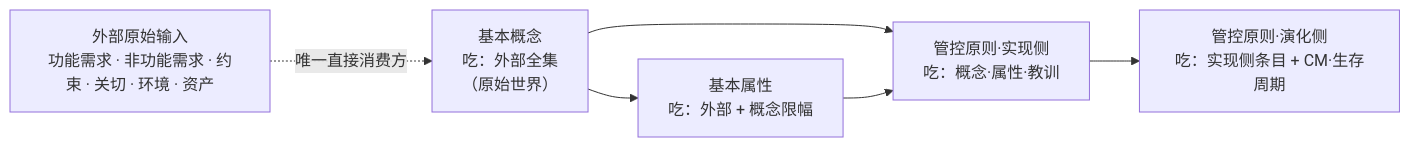
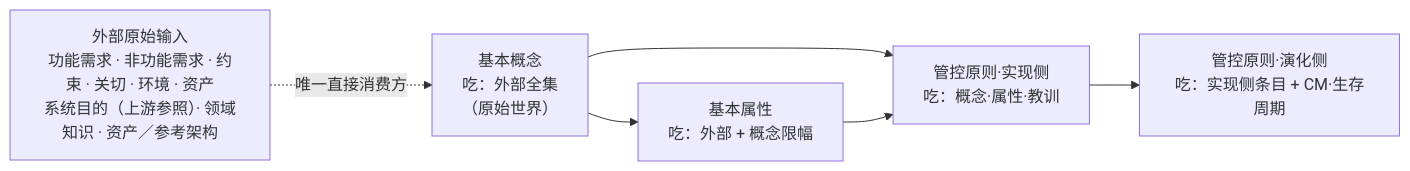
Before and after one commit to Yongjunzhou/business-Engineering: diagram 12 of 12 in 10-系统工程研究/00-系统工程相关研究报告/10-架构设计方法论全景研究报告.md, drawn with Mermaid. The commit also changed other lines of this file and 5 other files, not shown here.

Commit message:
[AI] 10 号架构设计方法论全景对齐 46 号 v2.6（v2.8→v2.9→v3.0）：对齐落笔 182 处（首轮 134＋改后复读回修 48）、判留 61，五处硬伤（AD＝一组视图撞 §5.4／§4.1 图粒度梯子撞 §4.3／b) 2) 误指实为 b) 1)／2011 句尾非两条／三把尺一族 12 处轮内收口）；轻量重构＝摘要九条＋§0 走法＋台账「归主线」列（8/6/4/1/6/3/6/5/10＝49）＋§11.9 章↔清单对照，章题章序节号一处未动、库外换算 0；19 号台账与批五 4/4、三把尺批六 13→12、记忆两件

````diff
--- a/10-系统工程研究/00-系统工程相关研究报告/10-架构设计方法论全景研究报告.md
+++ b/10-系统工程研究/00-系统工程相关研究报告/10-架构设计方法论全景研究报告.md
@@ -896,9 +967,9 @@
 ```mermaid
 flowchart LR
-    EXT["外部原始输入<br/>功能需求 · 非功能需求 · 约束 · 关切 · 环境 · 资产"]
+    EXT["外部原始输入<br/>功能需求 · 非功能需求 · 约束 · 关切 · 环境 · 资产<br/>系统目的（上游参照）· 领域知识 · 资产／参考架构"]
     C[基本概念<br/>吃：外部全集<br/>（原始世界）] --> A[基本属性<br/>吃：外部 + 概念限幅]
     C --> R1[管控原则·实现侧<br/>吃：概念·属性·教训]
     A --> R1
     R1 --> R2[管控原则·演化侧<br/>吃：实现侧条目 + CM·生存周期]
     EXT -. 唯一直接消费方 .-> C
 ```
````
